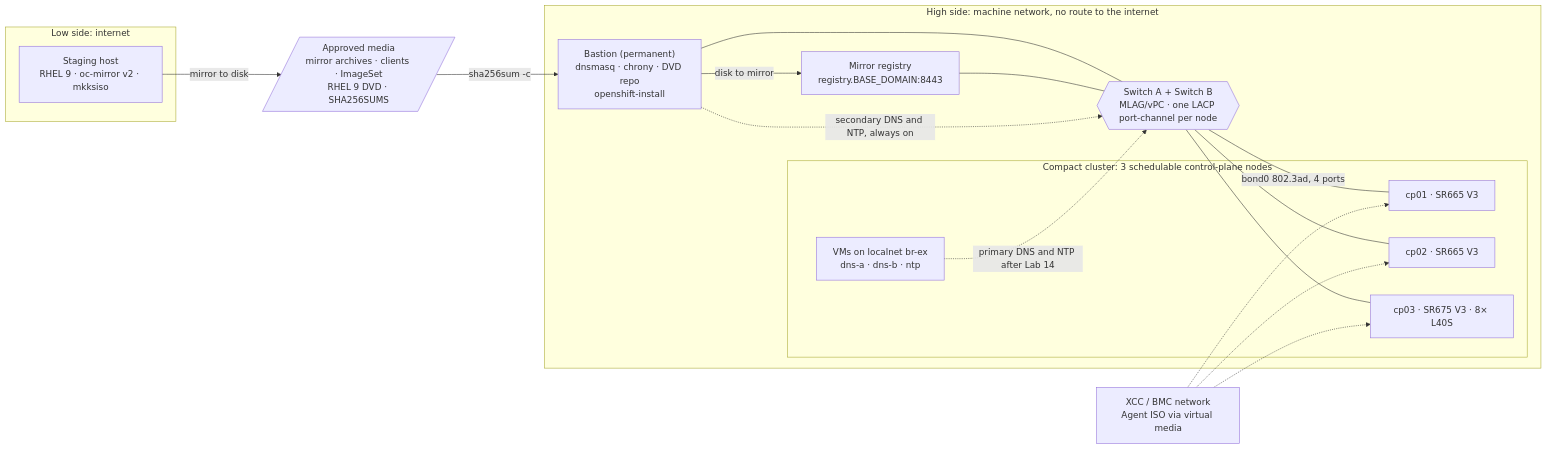
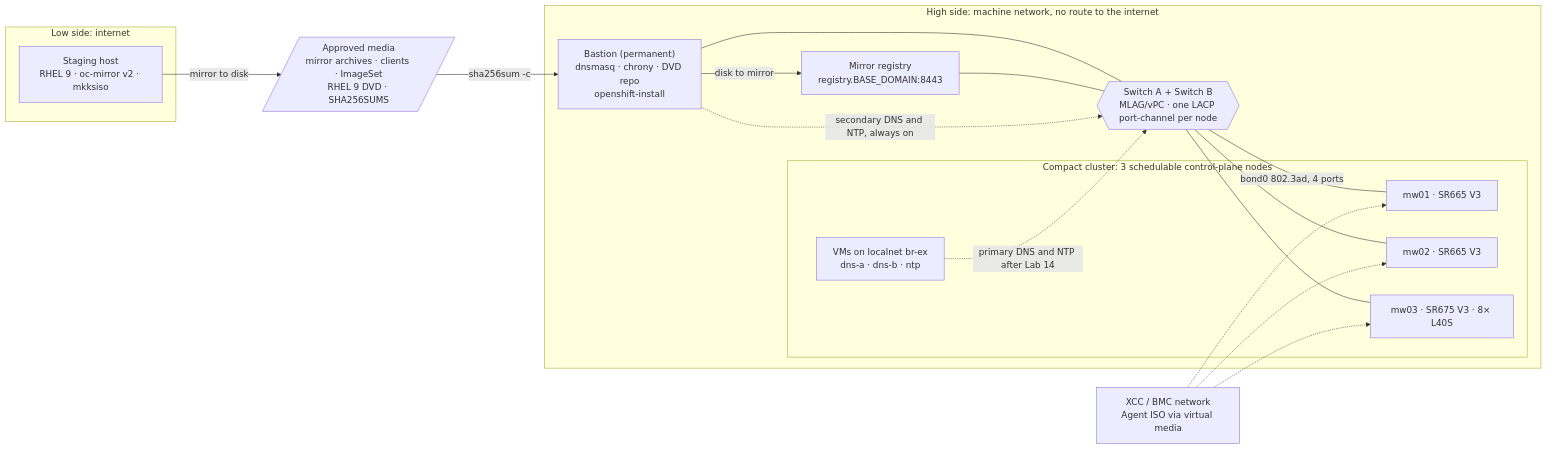
The diagram in README.md (sylviyayy/OCPV-Dark-Site-Deployment), drawn with Mermaid before and after one commit. The commit also changed other lines of this file and 32 other files, not shown here.

````diff
--- a/README.md
+++ b/README.md
@@ -54,31 +54,31 @@
 ```mermaid
 flowchart LR
   subgraph LOW["Low side: internet"]
     STG["Staging host<br/>RHEL 9 · oc-mirror v2 · mkksiso"]
   end
   MEDIA[/"Approved media<br/>mirror archives · clients · ImageSet<br/>RHEL 9 DVD · SHA256SUMS"/]
   subgraph HIGH["High side: machine network, no route to the internet"]
     BAS["Bastion (permanent)<br/>dnsmasq · chrony · DVD repo<br/>openshift-install"]
     REG["Mirror registry<br/>registry.BASE_DOMAIN:8443"]
     SW{{"Switch A + Switch B<br/>MLAG/vPC · one LACP port-channel per node"}}
     subgraph OCP["Compact cluster: 3 schedulable control-plane nodes"]
-      CP1["cp01 · SR665 V3"]
-      CP2["cp02 · SR665 V3"]
-      CP3["cp03 · SR675 V3 · 8× L40S"]
+      MW1["mw01 · SR665 V3"]
+      MW2["mw02 · SR665 V3"]
+      MW3["mw03 · SR675 V3 · 8× L40S"]
       VMS["VMs on localnet br-ex<br/>dns-a · dns-b · ntp"]
     end
   end
   XCC["XCC / BMC network<br/>Agent ISO via virtual media"]
   STG -->|mirror to disk| MEDIA -->|sha256sum -c| BAS
   BAS -->|disk to mirror| REG
   BAS --- SW
   REG --- SW
-  SW ---|bond0 802.3ad, 4 ports| CP1
-  SW --- CP2
-  SW --- CP3
-  XCC -.-> CP1
-  XCC -.-> CP2
-  XCC -.-> CP3
+  SW ---|bond0 802.3ad, 4 ports| MW1
+  SW --- MW2
+  SW --- MW3
+  XCC -.-> MW1
+  XCC -.-> MW2
+  XCC -.-> MW3
   VMS -.->|primary DNS and NTP after Lab 14| SW
   BAS -.->|secondary DNS and NTP, always on| SW
 ```
````
